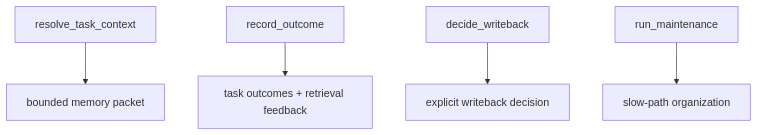
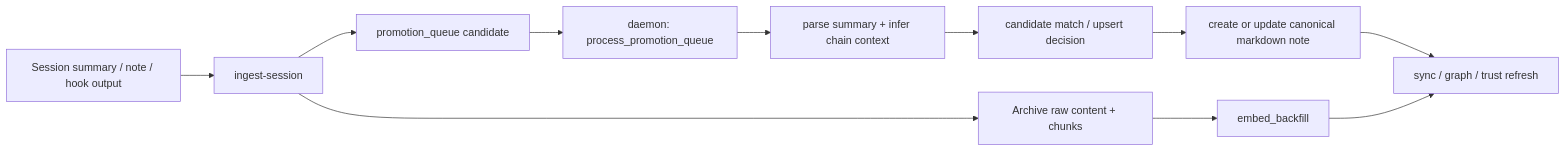
The third of 5 diagrams in README.md (Jianyu010/MnemonicOS), drawn with Mermaid before and after one commit. The commit also changed other lines of this file and 38 other files, not shown here.

Commit message:
Update README for orchestrator and daemon architecture

````diff
--- a/README.md
+++ b/README.md
@@ -175,7 +58,13 @@
 ```mermaid
-flowchart TD
-    A["resolve_task_context"] --> B["bounded memory packet"]
-    C["record_outcome"] --> D["task outcomes + retrieval feedback"]
-    E["decide_writeback"] --> F["explicit writeback decision"]
-    G["run_maintenance"] --> H["slow-path organization"]
+flowchart LR
+    A["Session summary / note / hook output"] --> B["ingest-session"]
+    B --> C["Archive raw content + chunks"]
+    B --> D["promotion_queue candidate"]
+    D --> E["daemon: process_promotion_queue"]
+    E --> F["parse summary + infer chain context"]
+    F --> G["candidate match / upsert decision"]
+    G --> H["create or update canonical markdown note"]
+    C --> I["embed_backfill"]
+    H --> J["sync / graph / trust refresh"]
+    I --> J
 ```
````
